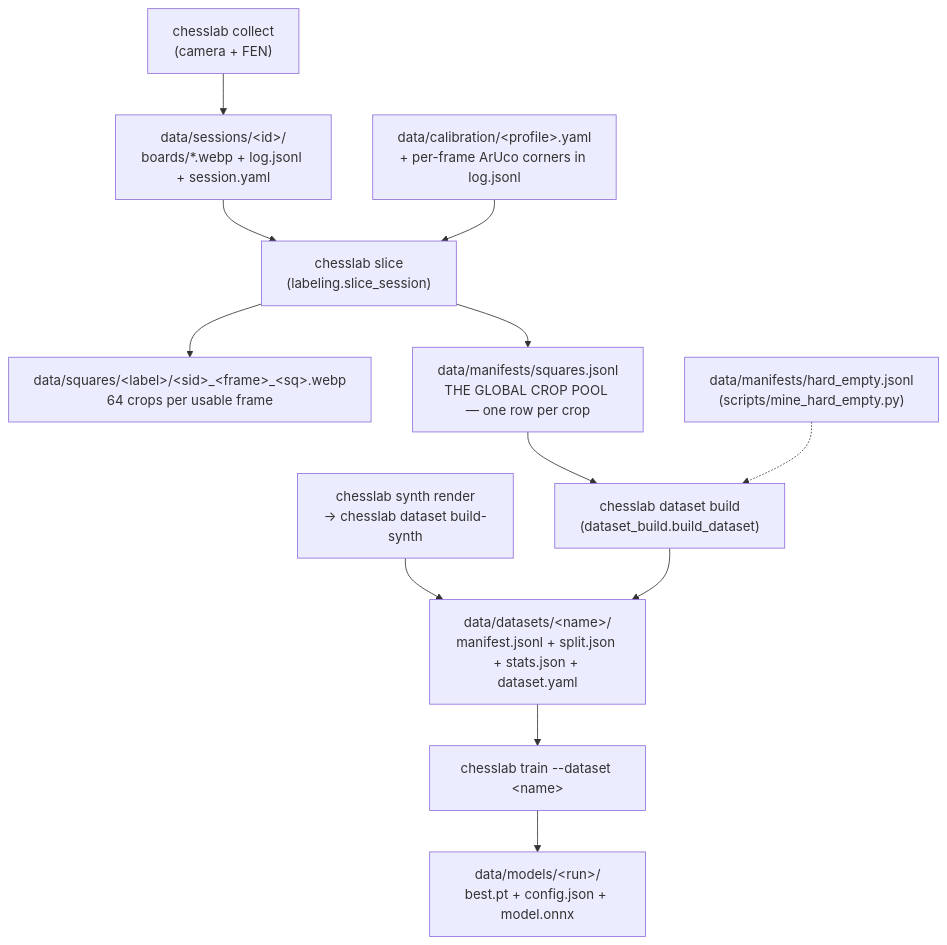
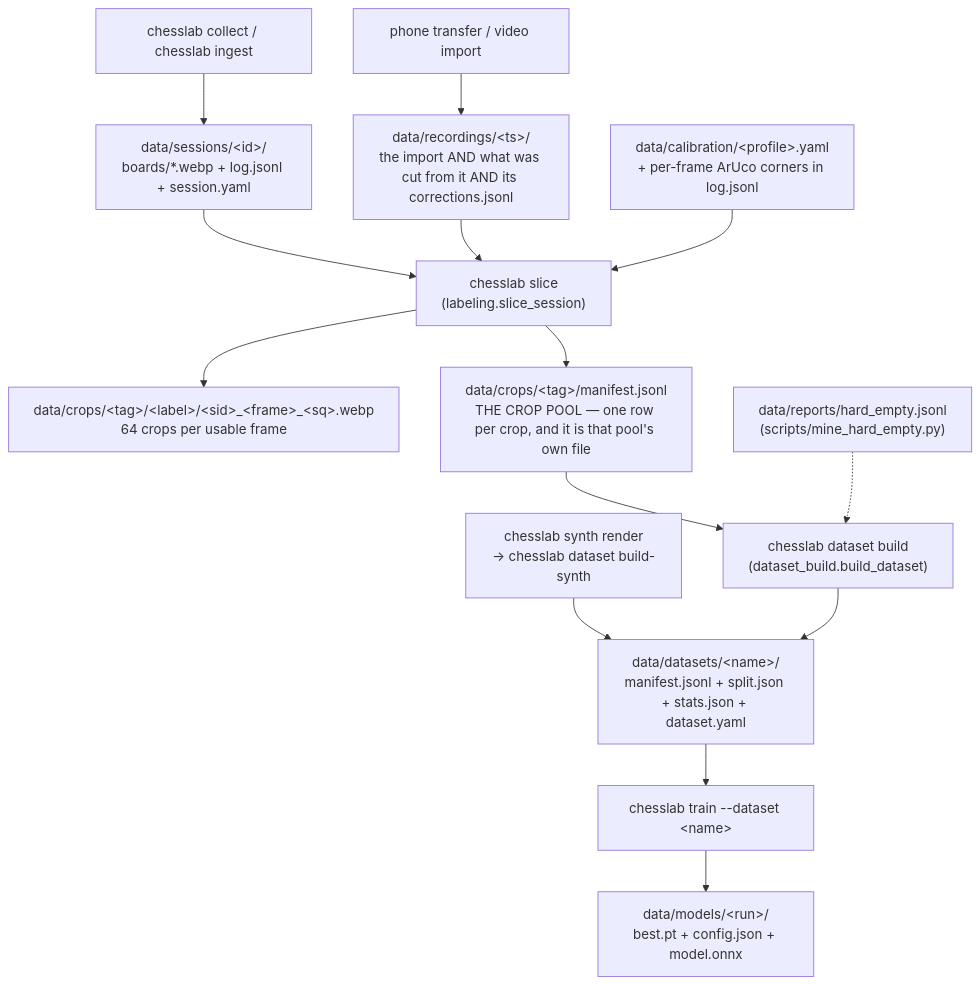
One commit to Kloggzer/chess-vision changed the diagram in docs/data-pipeline.md. Above: the diagram before and after it, drawn with Mermaid. The commit also changed other lines of this file and 103 other files, not shown here.

````diff
--- a/docs/data-pipeline.md
+++ b/docs/data-pipeline.md
@@ -14,14 +14,16 @@
 ```mermaid
 flowchart TD
-    C["chesslab collect<br/>(camera + FEN)"] --> S["data/sessions/&lt;id&gt;/<br/>boards/*.webp + log.jsonl + session.yaml"]
+    C["chesslab collect / chesslab ingest"] --> S["data/sessions/&lt;id&gt;/<br/>boards/*.webp + log.jsonl + session.yaml"]
+    IMP["phone transfer / video import"] --> RG["data/recordings/&lt;ts&gt;/<br/>the import AND what was cut from it AND its corrections.jsonl"]
     S --> SL["chesslab slice<br/>(labeling.slice_session)"]
+    RG --> SL
     CAL["data/calibration/&lt;profile&gt;.yaml<br/>+ per-frame ArUco corners in log.jsonl"] --> SL
-    SL --> SQ["data/squares/&lt;label&gt;/&lt;sid&gt;_&lt;frame&gt;_&lt;sq&gt;.webp<br/>64 crops per usable frame"]
-    SL --> MF["data/manifests/squares.jsonl<br/>THE GLOBAL CROP POOL — one row per crop"]
+    SL --> SQ["data/crops/&lt;tag&gt;/&lt;label&gt;/&lt;sid&gt;_&lt;frame&gt;_&lt;sq&gt;.webp<br/>64 crops per usable frame"]
+    SL --> MF["data/crops/&lt;tag&gt;/manifest.jsonl<br/>THE CROP POOL — one row per crop, and it is that pool's own file"]
     SYN["chesslab synth render<br/>→ chesslab dataset build-synth"] --> DS
     MF --> DB["chesslab dataset build<br/>(dataset_build.build_dataset)"]
-    HE["data/manifests/hard_empty.jsonl<br/>(scripts/mine_hard_empty.py)"] -.-> DB
+    HE["data/reports/hard_empty.jsonl<br/>(scripts/mine_hard_empty.py)"] -.-> DB
     DB --> DS["data/datasets/&lt;name&gt;/<br/>manifest.jsonl + split.json + stats.json + dataset.yaml"]
     DS --> TR["chesslab train --dataset &lt;name&gt;"]
     TR --> MOD["data/models/&lt;run&gt;/<br/>best.pt + config.json + model.onnx"]
 ```
````
